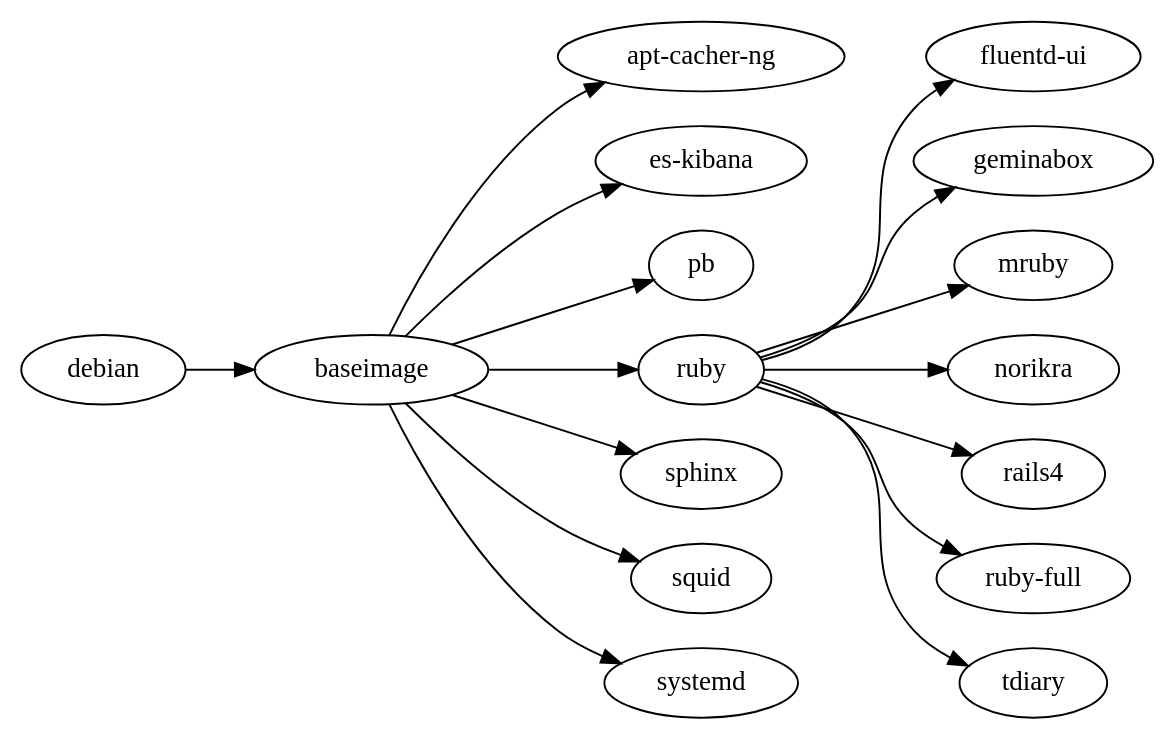
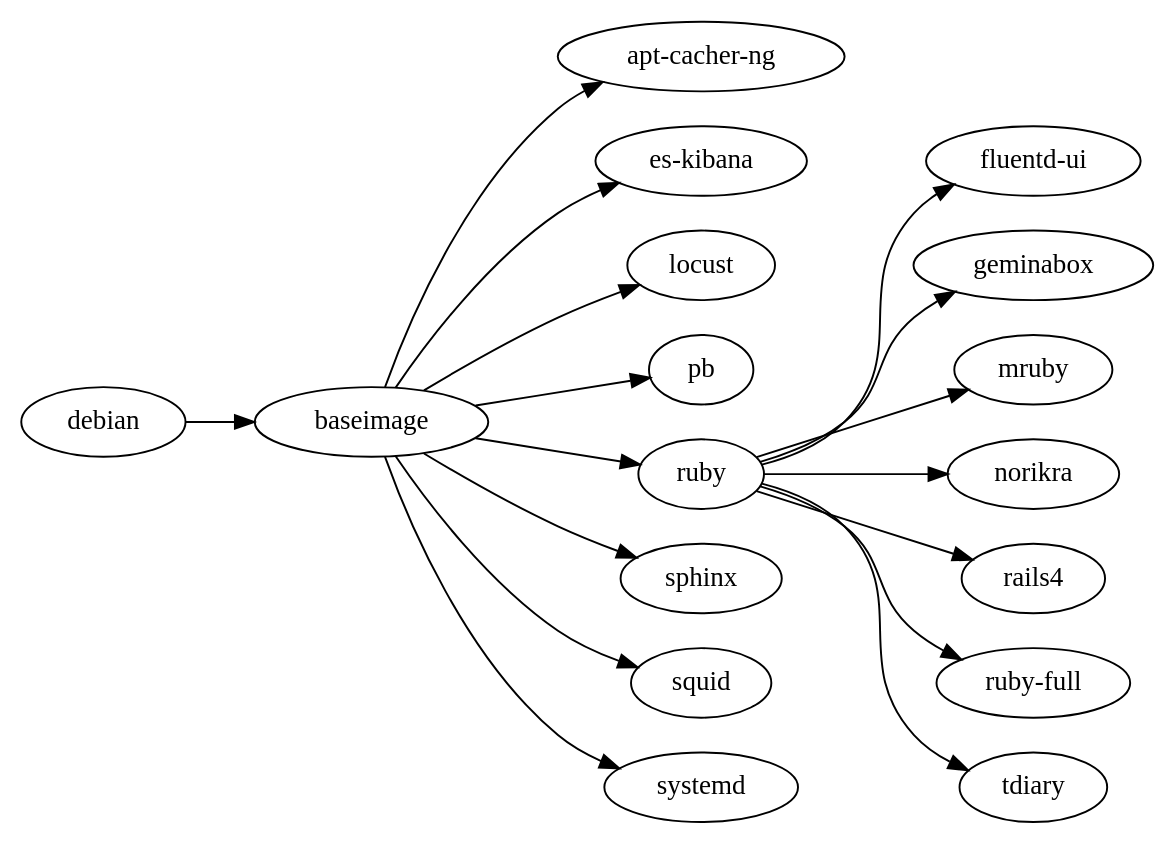
Before and after one commit to minimum2scp/dockerfiles: the diagram in deps.dot, drawn with Graphviz. The commit also changed 5 other files, not shown here.

```diff
--- a/deps.dot
+++ b/deps.dot
@@ -1,25 +1,26 @@
 digraph deps {
   graph        [rankdir = "LR"];
   ratio = auto;
 
   acng         [label = "apt-cacher-ng"];
   baseimage    [label = "baseimage"];
   debian       [label = "debian"];
   es_kibana    [label = "es-kibana"];
   fluentd_ui   [label = "fluentd-ui"];
   geminabox    [label = "geminabox"];
+  locust       [label = "locust"];
   mruby        [label = "mruby"];
   norikra      [label = "norikra"];
   pb           [label = "pb"];
   rails4       [label = "rails4"];
   ruby         [label = "ruby"];
   ruby_full    [label = "ruby-full"];
   sphinx       [label = "sphinx"];
   squid        [label = "squid"];
   systemd      [label = "systemd"];
   tdiary       [label = "tdiary"];
 
   debian    -> baseimage;
-  baseimage -> {acng, es_kibana, pb, ruby, sphinx, squid, systemd};
+  baseimage -> {acng, es_kibana, locust, pb, ruby, sphinx, squid, systemd};
   ruby      -> {fluentd_ui, geminabox, mruby, norikra, rails4, ruby_full, tdiary};
 }
```
